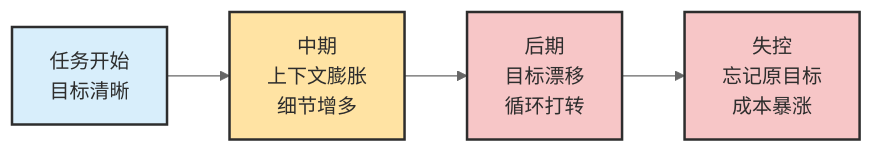
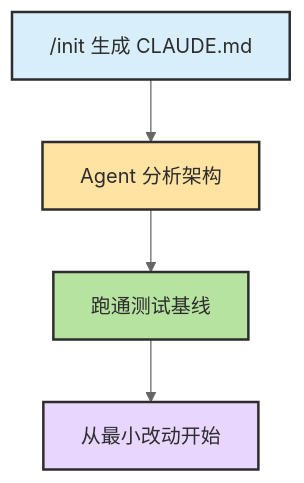
The tenth of 10 diagrams in docs/chapters/ch11-memory-context-harness.md (zht043/AgenticCodingTutorial), drawn with Mermaid (neutral theme) before and after one commit. The commit also changed other lines of this file and 23 other files, not shown here.

````diff
--- a/docs/chapters/ch11-memory-context-harness.md
+++ b/docs/chapters/ch11-memory-context-harness.md
@@ -697,10 +380,9 @@
 ```mermaid
-flowchart LR
-    classDef good fill:#d8eefb,stroke:#2d2d2d,stroke-width:2px,color:#2d2d2d
-    classDef mid fill:#ffe3a3,stroke:#2d2d2d,stroke-width:2px,color:#2d2d2d
-    classDef bad fill:#f7c6c7,stroke:#2d2d2d,stroke-width:2px,color:#2d2d2d
+flowchart TB
+    classDef init fill:#d8eefb,stroke:#2d2d2d,stroke-width:2px,color:#2d2d2d
+    classDef explore fill:#ffe3a3,stroke:#2d2d2d,stroke-width:2px,color:#2d2d2d
+    classDef verify fill:#b7e3a1,stroke:#2d2d2d,stroke-width:2px,color:#2d2d2d
+    classDef work fill:#e8d6ff,stroke:#2d2d2d,stroke-width:2px,color:#2d2d2d
 
-    Start["任务开始<br/>目标清晰"]:::good --> Mid["中期<br/>上下文膨胀<br/>细节增多"]:::mid
-    Mid --> Late["后期<br/>目标漂移<br/>循环打转"]:::bad
-    Late --> Fail["失控<br/>忘记原目标<br/>成本暴涨"]:::bad
+    I["/init 生成 CLAUDE.md"]:::init --> E["Agent 分析架构"]:::explore --> V["跑通测试基线"]:::verify --> W["从最小改动开始"]:::work
 ```
````
